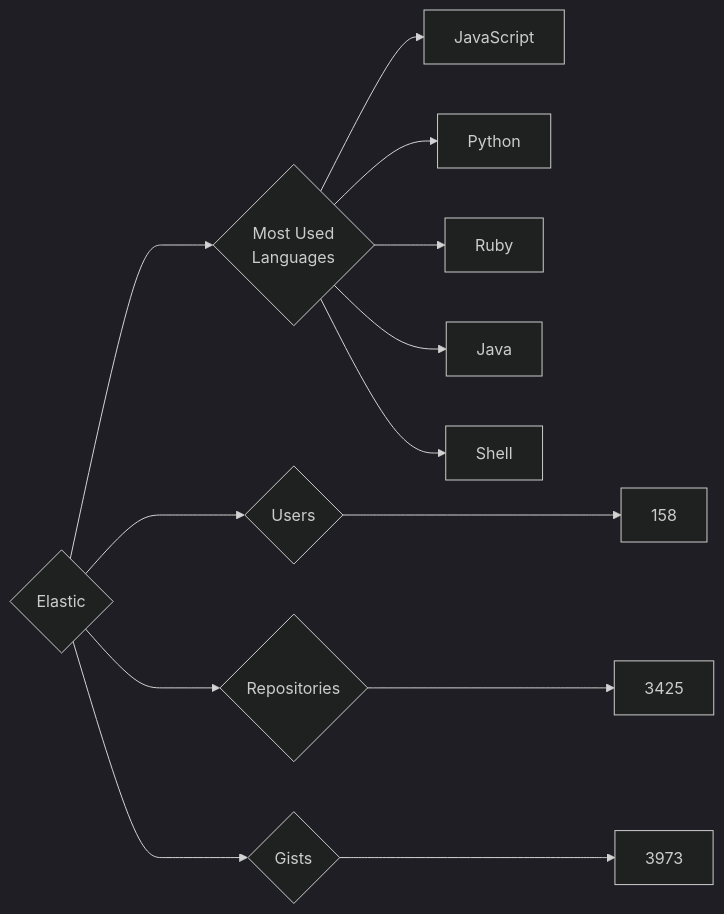
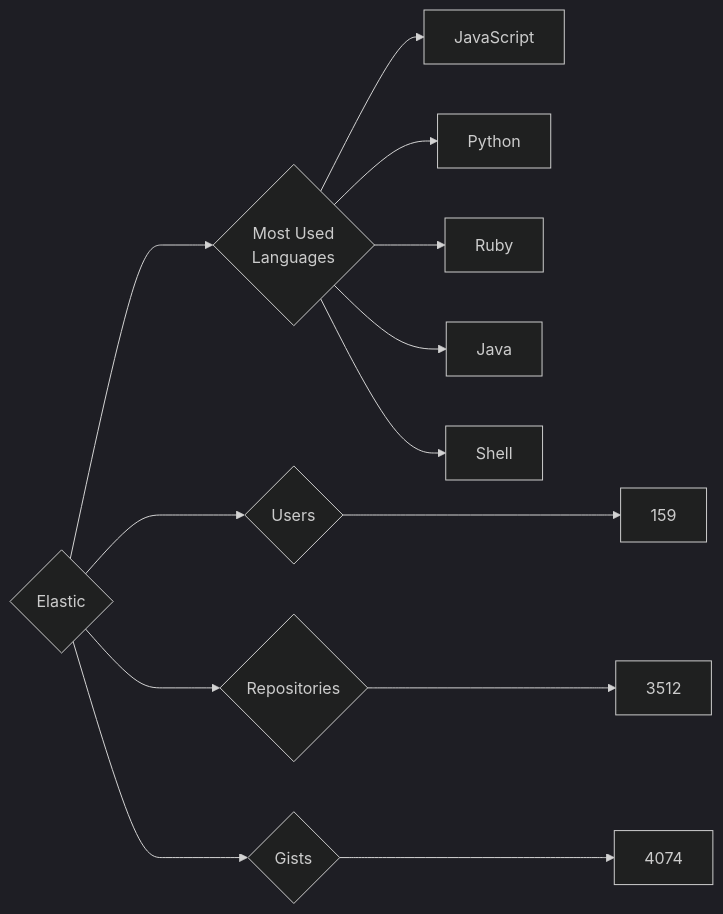
One commit to trickest/insiders changed the diagram in targets/Elastic/README.md. Above: the diagram before and after it, drawn with Mermaid (dark theme). The commit also changed 715 other files, not shown here.

````diff
--- a/targets/Elastic/README.md
+++ b/targets/Elastic/README.md
@@ -3,13 +3,13 @@
 ```mermaid
 graph LR
 COMPANY_NAME{Elastic}
-COMPANY_NAME ---> U{Users} ---> UN[158]
-COMPANY_NAME ---> R{Repositories} ---> RN[3425]
-COMPANY_NAME ---> G{Gists} ---> GN[3973]
+COMPANY_NAME ---> U{Users} ---> UN[159]
+COMPANY_NAME ---> R{Repositories} ---> RN[3512]
+COMPANY_NAME ---> G{Gists} ---> GN[4074]
 COMPANY_NAME ---> ML{Most Used<br>Languages}
 ML --> JavaScript[JavaScript]
 ML --> Python[Python]
 ML --> Ruby[Ruby]
 ML --> Java[Java]
 ML --> Shell[Shell]
 ```
````
